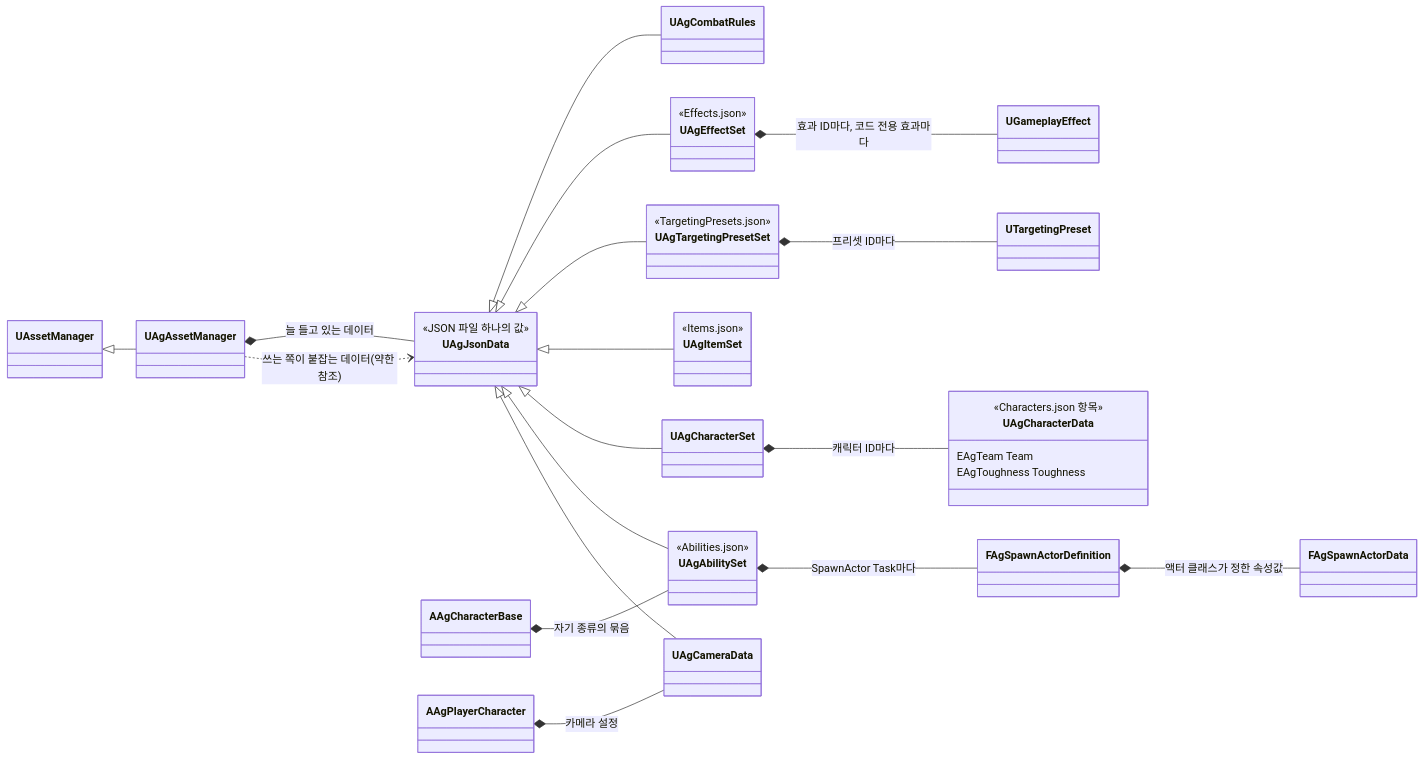
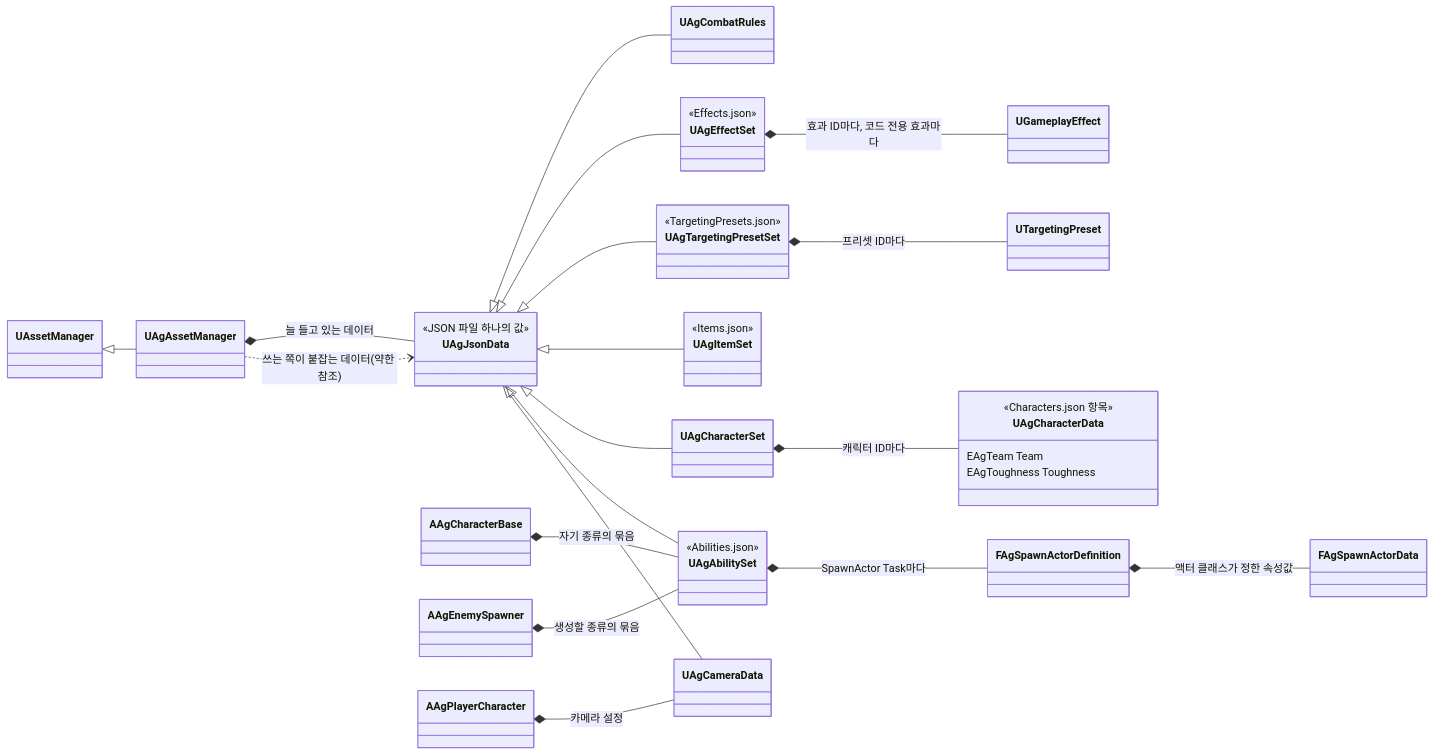
The second of 2 diagrams in Docs/Architecture/데이터 로딩과 스키마.md (Woogl/Ag), drawn with Mermaid before and after one commit. The commit also changed other lines of this file and 15 other files, not shown here.

````diff
--- a/Docs/Architecture/데이터 로딩과 스키마.md
+++ b/Docs/Architecture/데이터 로딩과 스키마.md
@@ -265,41 +266,42 @@
 ```mermaid
 classDiagram
     direction LR
     class UAgEffectSet {
         <<Effects.json>>
     }
     class UAgAbilitySet {
         <<Abilities.json>>
     }
     class UAgJsonData {
         <<JSON 파일 하나의 값>>
     }
     class UAgTargetingPresetSet {
         <<TargetingPresets.json>>
     }
     class UAgItemSet {
         <<Items.json>>
     }
     class UAgCharacterData {
         <<Characters.json 항목>>
         EAgTeam Team
         EAgToughness Toughness
     }
     UAssetManager <|-- UAgAssetManager
     UAgAssetManager *-- UAgJsonData : 늘 들고 있는 데이터
     UAgAssetManager ..> UAgJsonData : 쓰는 쪽이 붙잡는 데이터(약한 참조)
     UAgJsonData <|-- UAgCombatRules
     UAgJsonData <|-- UAgEffectSet
     UAgJsonData <|-- UAgTargetingPresetSet
     UAgJsonData <|-- UAgItemSet
     UAgJsonData <|-- UAgCharacterSet
     UAgJsonData <|-- UAgAbilitySet
     UAgJsonData <|-- UAgCameraData
     AAgCharacterBase *-- UAgAbilitySet : 자기 종류의 묶음
+    AAgEnemySpawner *-- UAgAbilitySet : 생성할 종류의 묶음
     AAgPlayerCharacter *-- UAgCameraData : 카메라 설정
     UAgAbilitySet *-- FAgSpawnActorDefinition : SpawnActor Task마다
     FAgSpawnActorDefinition *-- FAgSpawnActorData : 액터 클래스가 정한 속성값
     UAgCharacterSet *-- UAgCharacterData : 캐릭터 ID마다
     UAgEffectSet *-- UGameplayEffect : 효과 ID마다, 코드 전용 효과마다
     UAgTargetingPresetSet *-- UTargetingPreset : 프리셋 ID마다
 ```
````
